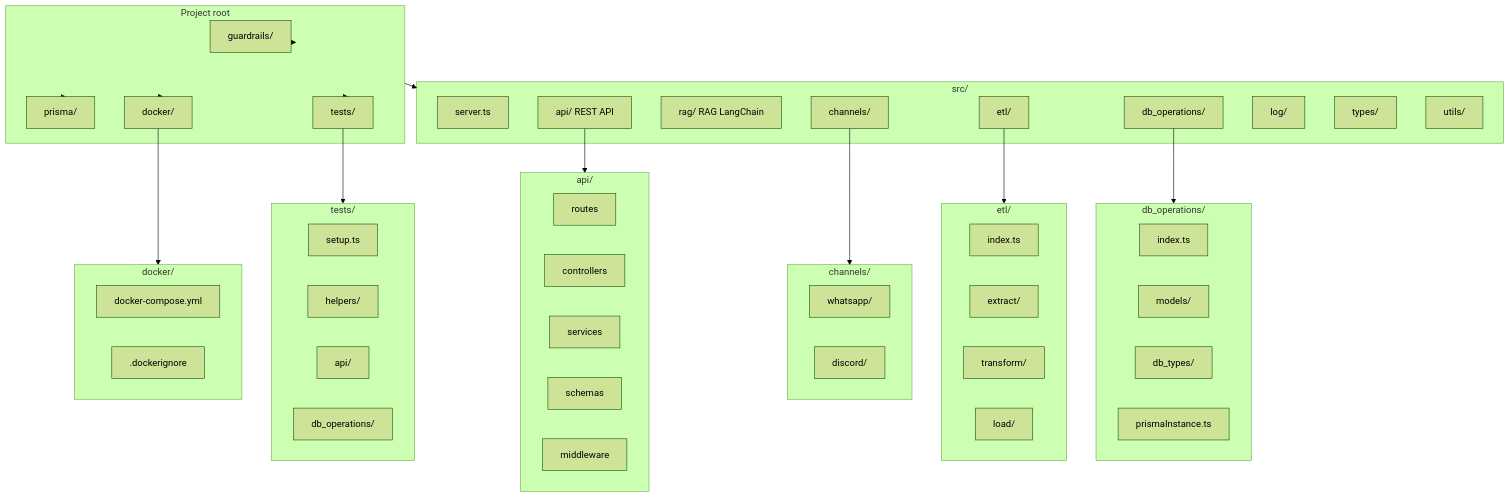
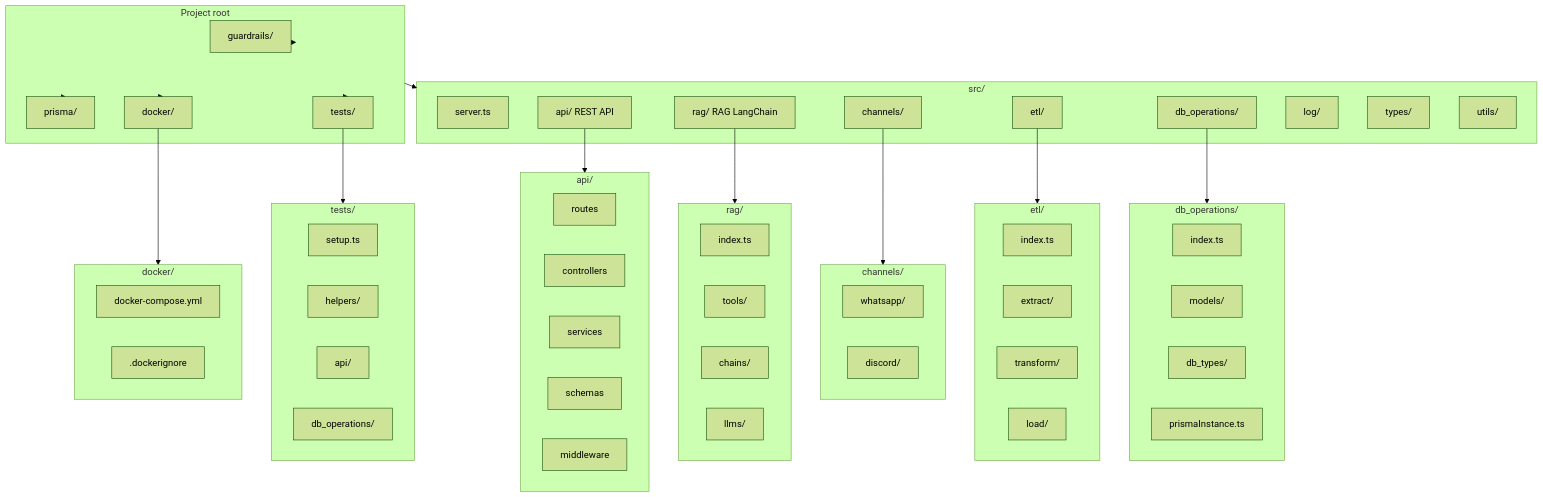
The second of 3 diagrams in docs/project_structure/project-structure.md (sorocode-comunidade/swanytello), drawn with Mermaid (forest theme) before and after one commit. The commit also changed 12 other files, not shown here.

````diff
--- a/docs/project_structure/project-structure.md
+++ b/docs/project_structure/project-structure.md
@@ -77,72 +77,80 @@
 ```mermaid
 flowchart TB
   subgraph root [Project root]
     guardrails[guardrails/]
     prisma_root[prisma/]
     docker[docker/]
     tests[tests/]
   end
 
   subgraph src_content [src/]
     server[server.ts]
     api[api/ REST API]
     rag[rag/ RAG LangChain]
     channels[channels/]
     etl[etl/]
     db_ops[db_operations/]
     log[log/]
     types[types/]
     utils[utils/]
   end
 
   subgraph api_detail [api/]
     routes[routes]
     controllers[controllers]
     services[services]
     schemas[schemas]
     middleware[middleware]
+  end
+
+  subgraph rag_detail [rag/]
+    rag_index[index.ts]
+    rag_tools[tools/]
+    rag_chains[chains/]
+    rag_llms[llms/]
   end
 
   subgraph channels_detail [channels/]
     whatsapp[whatsapp/]
     discord[discord/]
   end
 
   subgraph db_ops_detail [db_operations/]
     db_ops_index[index.ts]
     models[models/]
     db_types[db_types/]
     prisma[prismaInstance.ts]
   end
 
   subgraph etl_detail [etl/]
     etl_index[index.ts]
     extract[extract/]
     transform[transform/]
     load[load/]
   end
 
   subgraph docker_detail [docker/]
     compose[docker-compose.yml]
     dockerignore[.dockerignore]
   end
 
   subgraph tests_detail [tests/]
     tests_setup[setup.ts]
     tests_helpers[helpers/]
     tests_api[api/]
     tests_db_ops[db_operations/]
   end
 
   root --> guardrails
   root --> prisma_root
   root --> docker
   root --> tests
   root --> src_content
   api --> api_detail
+  rag --> rag_detail
   channels --> channels_detail
   db_ops --> db_ops_detail
   etl --> etl_detail
   docker --> docker_detail
   tests --> tests_detail
 ```
````
